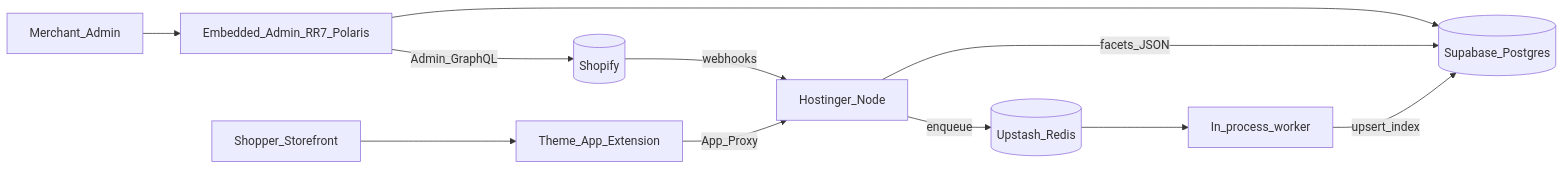
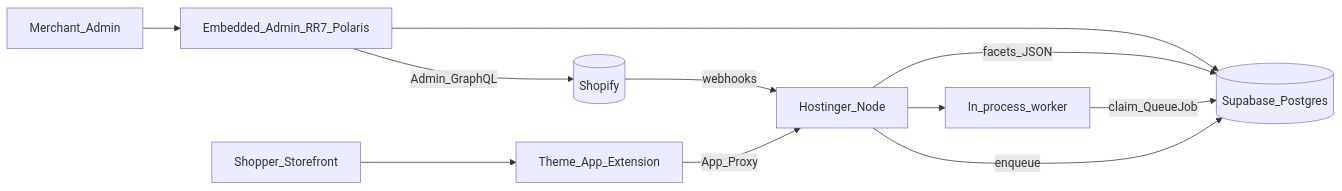
The diagram in docs/APP-FLOW-AND-SETUP.md (Hunani-Infotech/Findly--filters-and-search), drawn with Mermaid before and after one commit. The commit also changed other lines of this file and 37 other files, not shown here.

First line of the commit message:
refactor: transition from Redis/BullMQ to Postgres-backed job queue

````diff
--- a/docs/APP-FLOW-AND-SETUP.md
+++ b/docs/APP-FLOW-AND-SETUP.md
@@ -11,13 +11,13 @@
 ```mermaid
 flowchart LR
   Merchant[Merchant_Admin] --> Admin[Embedded_Admin_RR7_Polaris]
   Admin -->|Admin_GraphQL| Shopify[(Shopify)]
   Shopify -->|webhooks| Web[Hostinger_Node]
-  Web -->|enqueue| Redis[(Upstash_Redis)]
-  Redis --> Worker[In_process_worker]
-  Worker -->|upsert_index| PG[(Supabase_Postgres)]
+  Web -->|enqueue| PG[(Supabase_Postgres)]
+  Web --> Worker[In_process_worker]
+  Worker -->|claim_QueueJob| PG
   Admin --> PG
   Shopper[Shopper_Storefront] --> TEA[Theme_App_Extension]
   TEA -->|App_Proxy| Web
   Web -->|facets_JSON| PG
 ```
````
